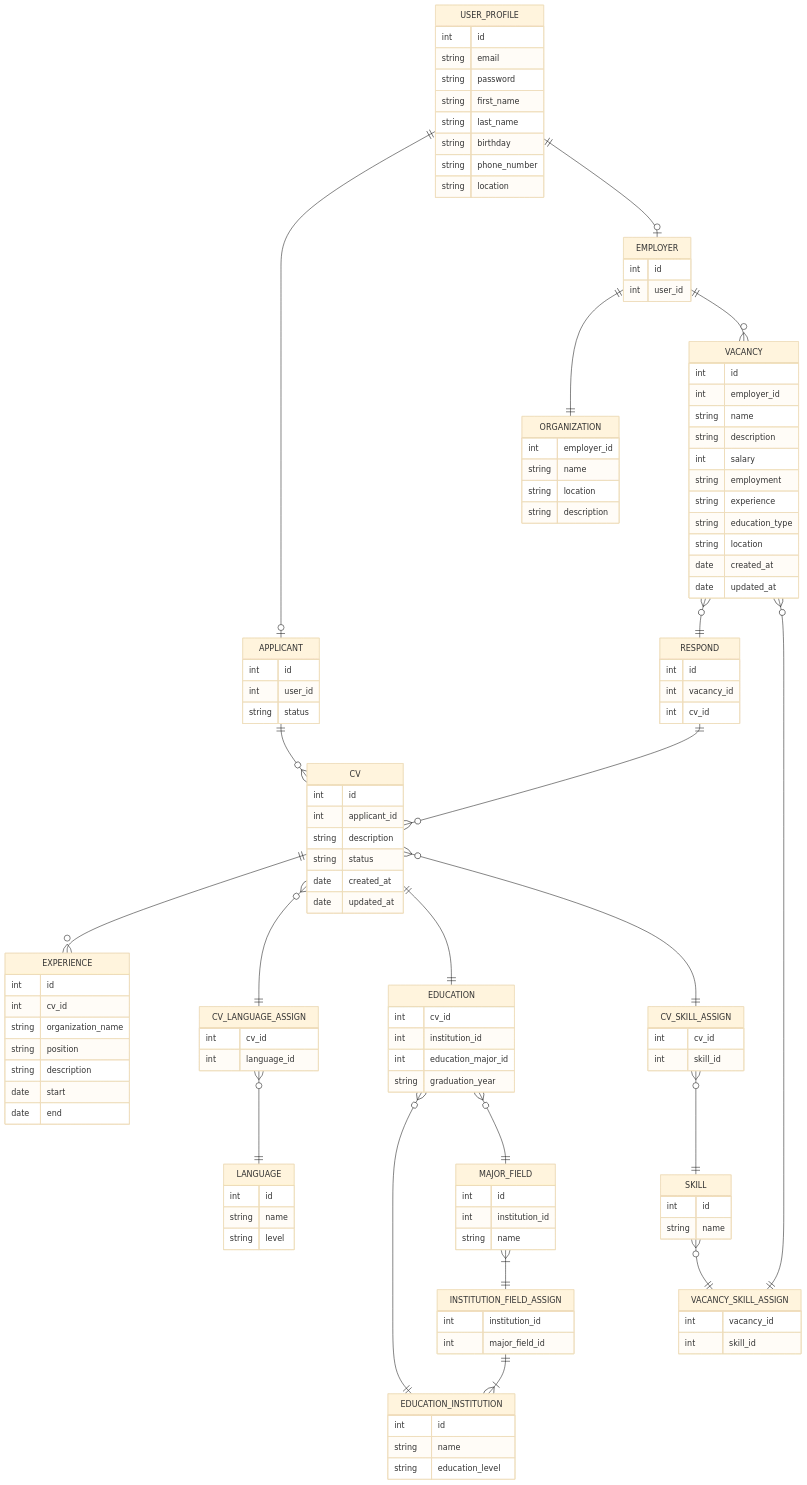
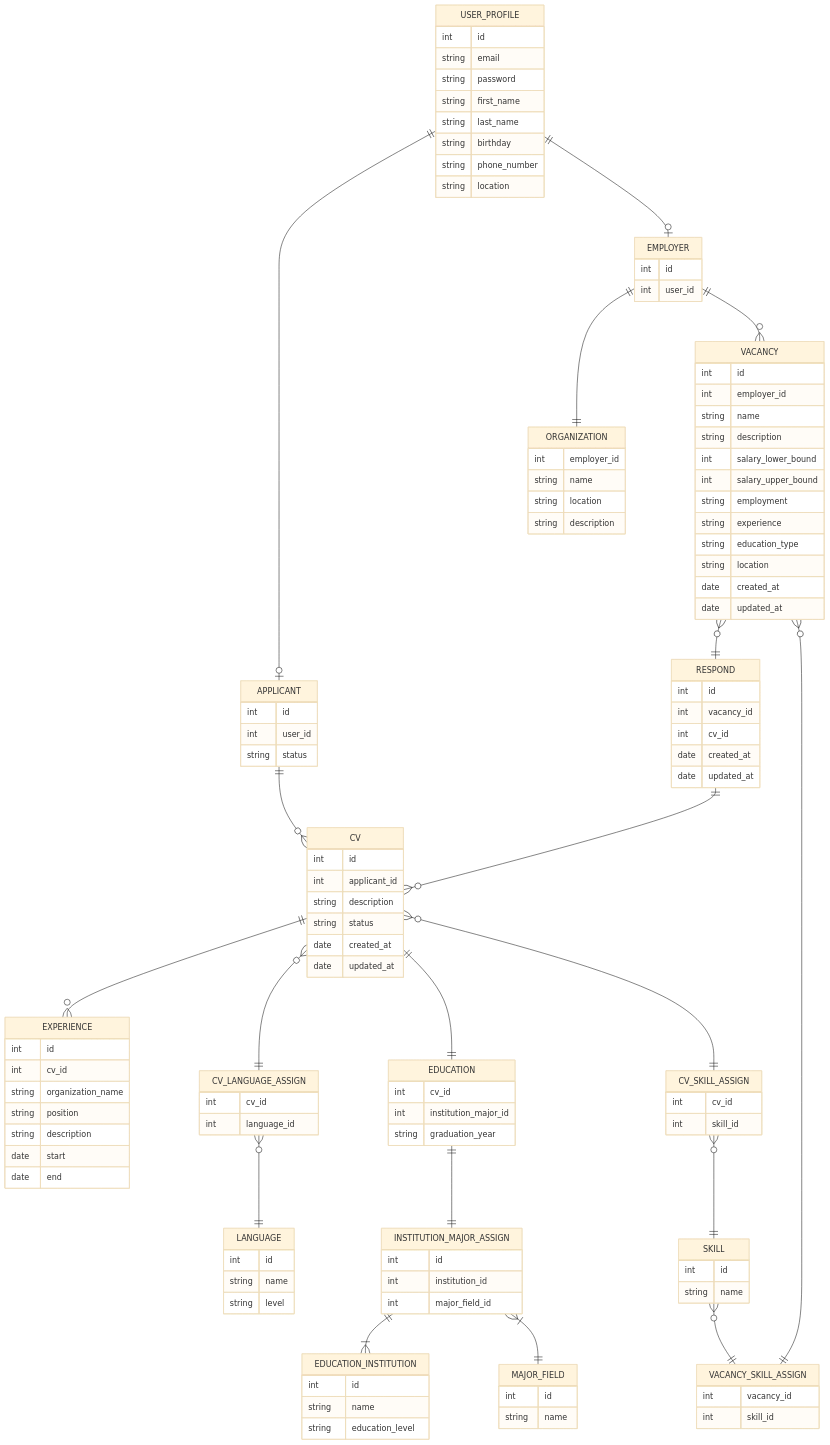
Before and after one commit to go-park-mail-ru/2023_2_VIVE: the diagram in db/normalized/relations.md, drawn with Mermaid (base theme). The commit also changed other lines of this file, not shown here.

Commit message:
VIVE-58: Небольшие изменения в схеме бд

````diff
--- a/db/normalized/relations.md
+++ b/db/normalized/relations.md
@@ -75,8 +75,7 @@
 
     EDUCATION {
         int cv_id
-        int institution_id
-        int education_major_id
+        int institution_major_id
         string graduation_year
     }
 
@@ -88,11 +87,11 @@
 
     MAJOR_FIELD {
         int id
-        int institution_id
         string name
     }
 
-    INSTITUTION_FIELD_ASSIGN {
+    INSTITUTION_MAJOR_ASSIGN {
+        int id
         int institution_id
         int major_field_id
     }
@@ -102,7 +101,8 @@
         int employer_id
         string name
         string description
-        int salary
+        int salary_lower_bound
+        int salary_upper_bound
         string employment
         string experience
         string education_type
@@ -115,6 +115,8 @@
         int id
         int vacancy_id
         int cv_id
+        date created_at
+        date updated_at
     }
 
     ORGANIZATION{
@@ -150,9 +152,8 @@
 
     EMPLOYER ||--o{ VACANCY : ""
 
-    EDUCATION }o--|| EDUCATION_INSTITUTION : ""
-    EDUCATION }o--|| MAJOR_FIELD : ""
-    INSTITUTION_FIELD_ASSIGN ||--|{ EDUCATION_INSTITUTION : ""
-    MAJOR_FIELD }|--|| INSTITUTION_FIELD_ASSIGN : ""
+    INSTITUTION_MAJOR_ASSIGN ||--|{ EDUCATION_INSTITUTION : ""
+    EDUCATION ||--|| INSTITUTION_MAJOR_ASSIGN : ""
+    INSTITUTION_MAJOR_ASSIGN }|--|| MAJOR_FIELD : ""
 
 ```
````
